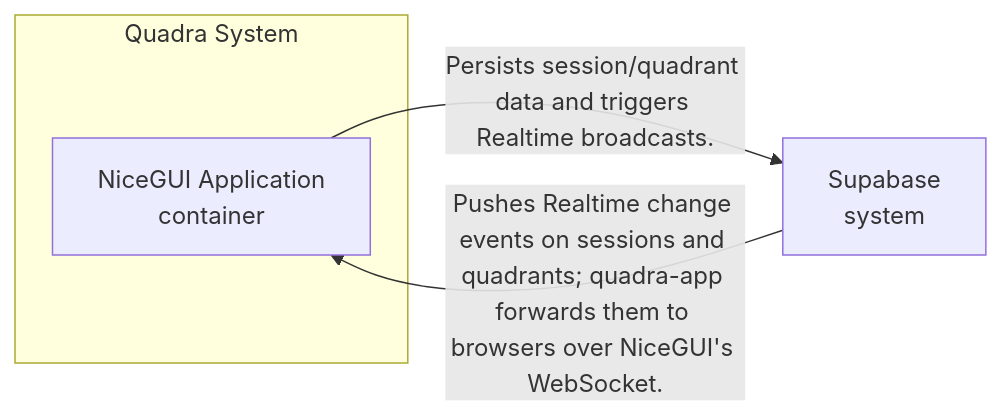
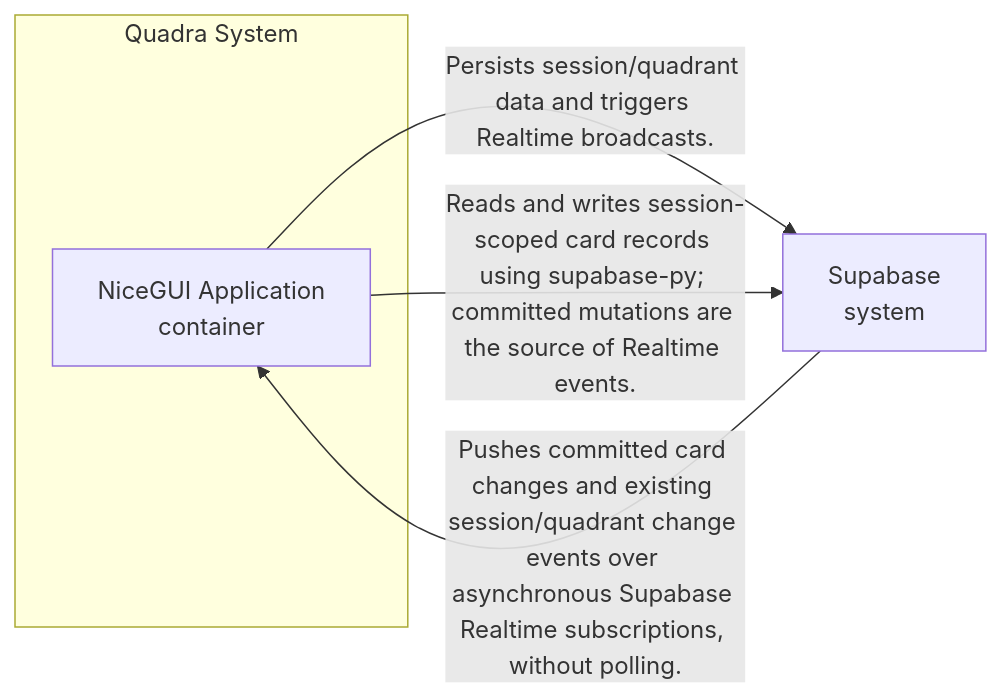
The second of 3 diagrams in docs/architecture.md (marsie-labs/quadra), drawn with Mermaid before and after one commit. The commit also changed other lines of this file and 1 other file, not shown here.

Commit message:
docs(architecture): apply SPEC-0002 (workflow 14c9ea5dac3944889d932d7353ef2e92)

````diff
--- a/docs/architecture.md
+++ b/docs/architecture.md
@@ -57,12 +58,13 @@
 ```mermaid
 flowchart LR
 classDef added fill:#c8f7c5,stroke:#2e7d32
 classDef changed fill:#fff3b0,stroke:#b59f00
 classDef removed fill:#f8c8c8,stroke:#c62828
 subgraph quadra_system["Quadra System"]
   quadra_app["NiceGUI Application<br/>container"]
 end
 supabase["Supabase<br/>system"]
-quadra_app -->|Persists session/quadrant data and triggers Realtime broadcasts.| supabase
-supabase -->|Pushes Realtime change events on sessions and quadrants; quadra-app forwards them to browsers over NiceGUI's WebSocket.| quadra_app
+quadra_app -->|"Persists session/quadrant data and triggers Realtime broadcasts."| supabase
+quadra_app -->|"Reads and writes session-scoped card records using supabase-py; committed mutations are the source of Realtime events."| supabase
+supabase -->|"Pushes committed card changes and existing session/quadrant change events over asynchronous Supabase Realtime subscriptions, without polling."| quadra_app
 ```
````
